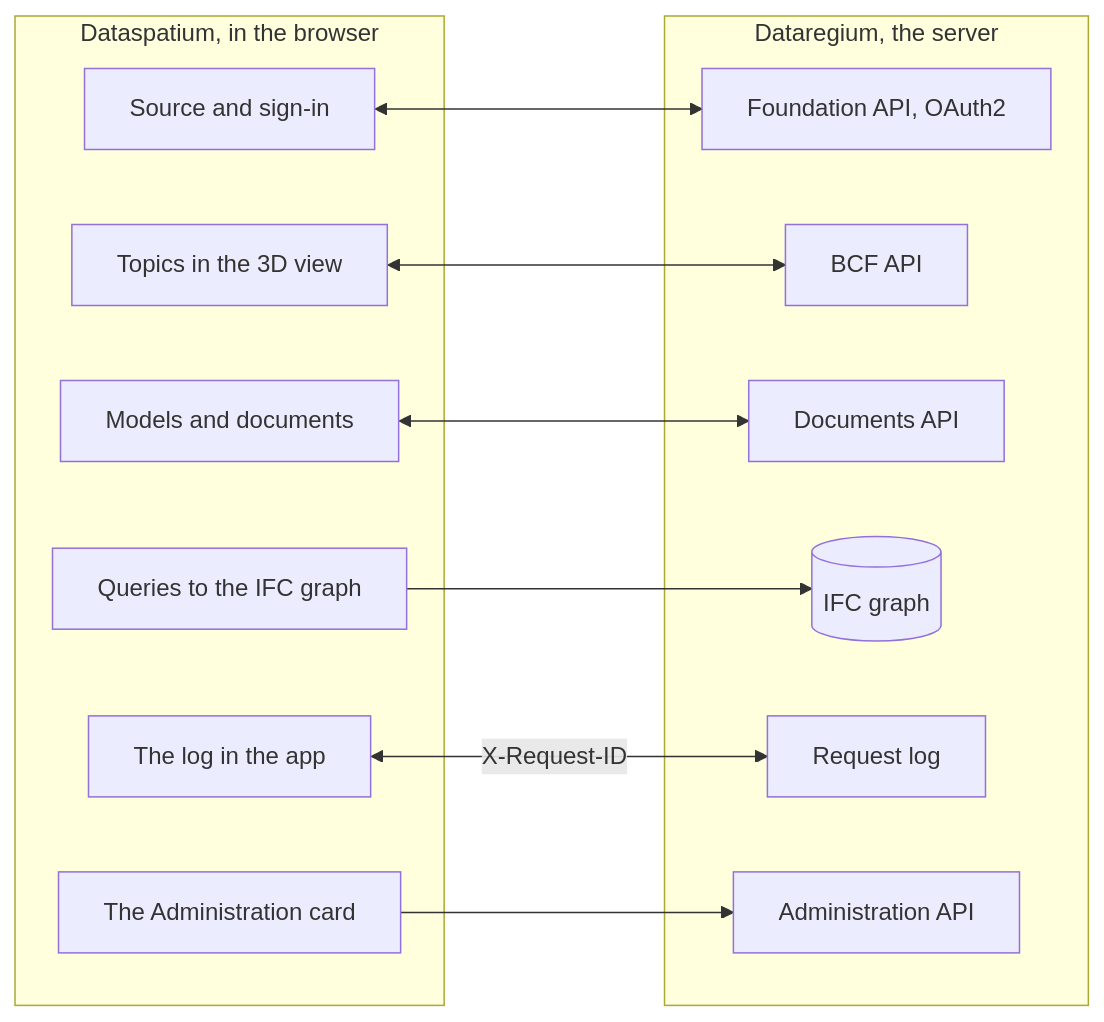
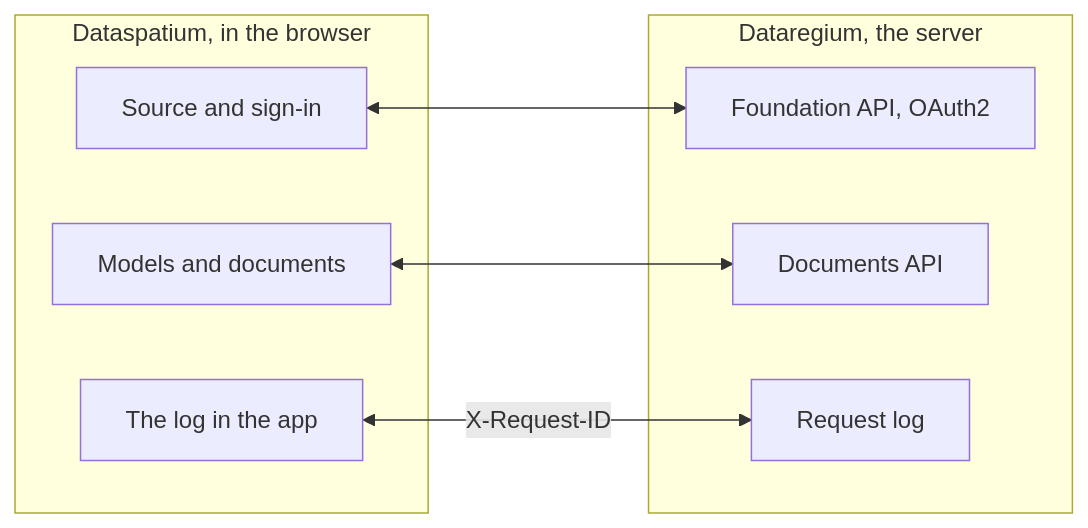
The diagram in docs/en/README.md (marwiss/Kontroll), drawn with Mermaid before and after one commit. The commit also changed other lines of this file and 6 other files, not shown here.

````diff
--- a/docs/en/README.md
+++ b/docs/en/README.md
@@ -336,25 +322,16 @@
 ```mermaid
 flowchart LR
     subgraph app ["Dataspatium, in the browser"]
         source["Source and sign-in"]
-        issues["Topics in the 3D view"]
         files["Models and documents"]
-        queries["Queries to the IFC graph"]
         log["The log in the app"]
-        admin["The Administration card"]
     end
     subgraph server ["Dataregium, the server"]
         foundation["Foundation API, OAuth2"]
-        bcf["BCF API"]
         documents["Documents API"]
-        ifcgraph[("IFC graph")]
         requests["Request log"]
-        adminapi["Administration API"]
     end
     source <--> foundation
-    issues <--> bcf
     files <--> documents
-    queries --> ifcgraph
     log <-- "X-Request-ID" --> requests
-    admin --> adminapi
 ```
````
